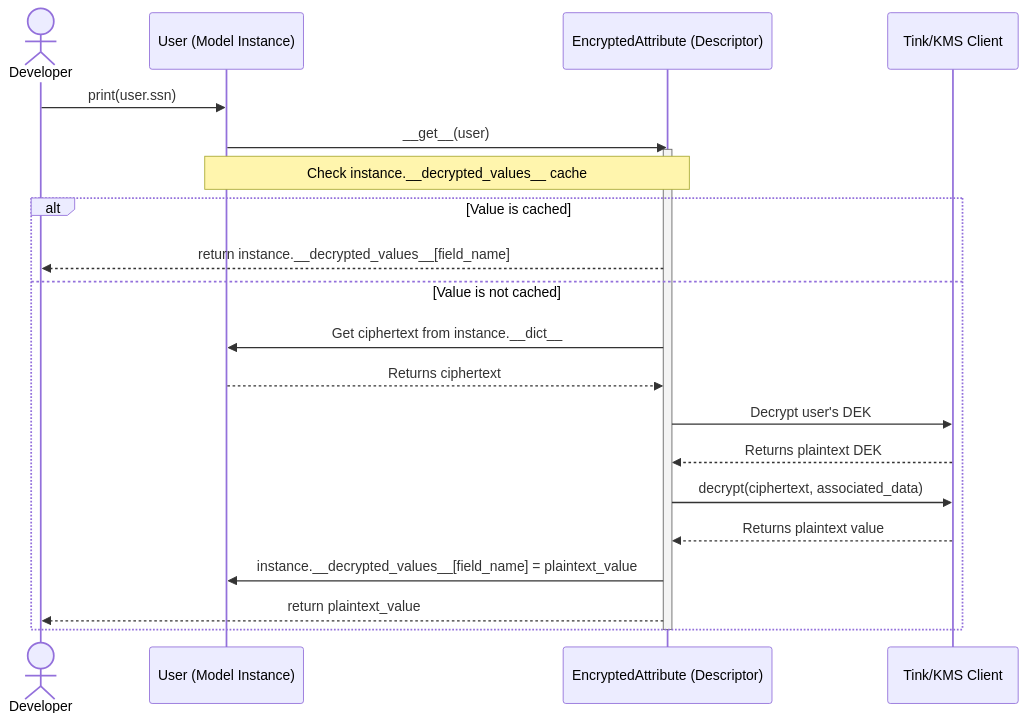
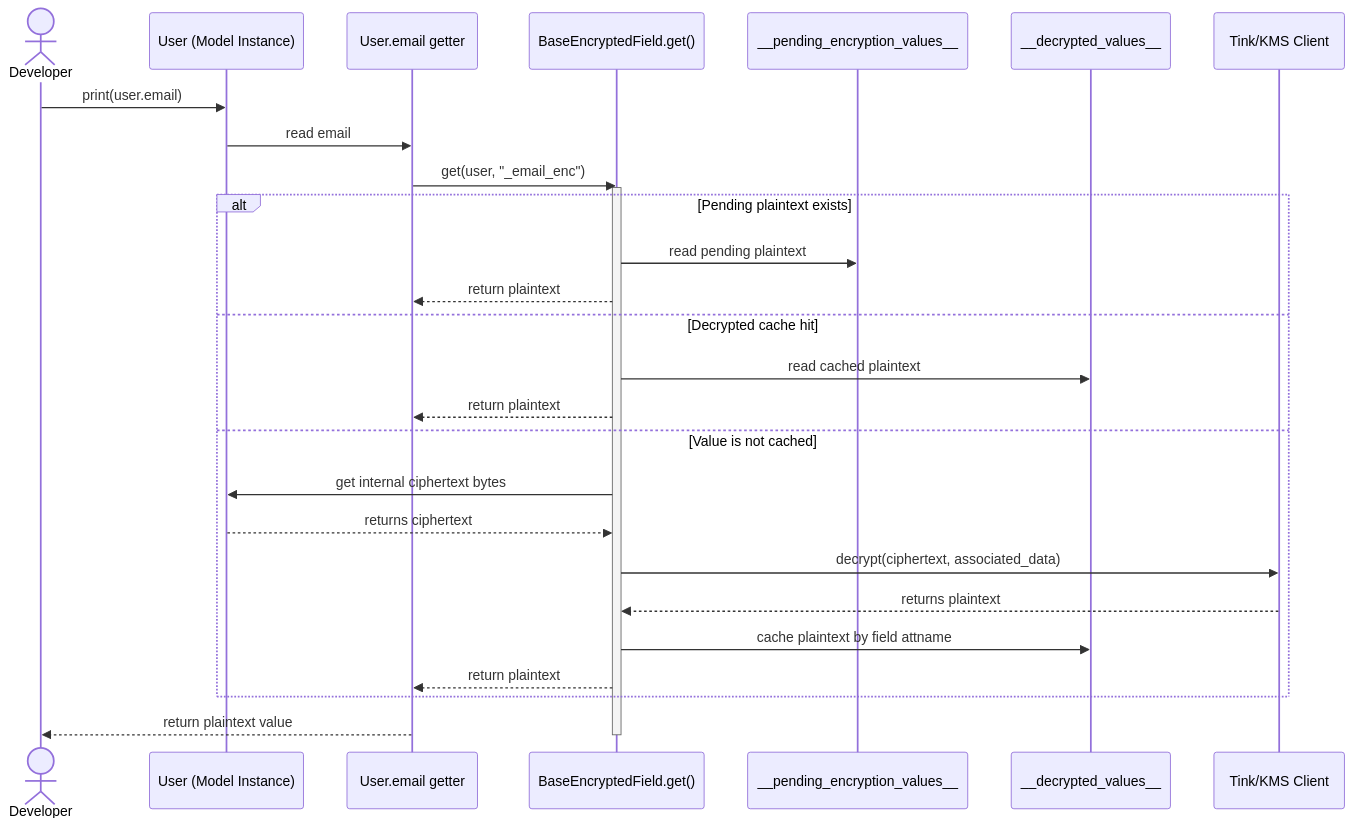
The third of 8 diagrams in docs/client-side-encryption.md (ocadotechnology/codeforlife-package-python), drawn with Mermaid before and after one commit. The commit also changed other lines of this file and 3 other files, not shown here.

````diff
--- a/docs/client-side-encryption.md
+++ b/docs/client-side-encryption.md
@@ -235,26 +289,32 @@
 ```mermaid
 sequenceDiagram
     actor Developer
     participant User as User (Model Instance)
-    participant EncryptedAttribute as EncryptedAttribute (Descriptor)
+    participant Property as User.email getter
+    participant BaseEncryptedField as BaseEncryptedField.get()
+    participant Pending as __pending_encryption_values__
+    participant Cache as __decrypted_values__
     participant GcpKmsClient as Tink/KMS Client
 
-    Developer->>User: print(user.ssn)
-    User->>EncryptedAttribute: __get__(user)
-    activate EncryptedAttribute
+    Developer->>User: print(user.email)
+    User->>Property: read email
+    Property->>BaseEncryptedField: get(user, "_email_enc")
+    activate BaseEncryptedField
 
-    Note over User, EncryptedAttribute: Check instance.__decrypted_values__ cache
-    alt Value is cached
-        EncryptedAttribute-->>Developer: return instance.__decrypted_values__[field_name]
+    alt Pending plaintext exists
+        BaseEncryptedField->>Pending: read pending plaintext
+        BaseEncryptedField-->>Property: return plaintext
+    else Decrypted cache hit
+        BaseEncryptedField->>Cache: read cached plaintext
+        BaseEncryptedField-->>Property: return plaintext
     else Value is not cached
-        EncryptedAttribute->>User: Get ciphertext from instance.__dict__
-        User-->>EncryptedAttribute: Returns ciphertext
-        EncryptedAttribute->>GcpKmsClient: Decrypt user's DEK
-        GcpKmsClient-->>EncryptedAttribute: Returns plaintext DEK
-        EncryptedAttribute->>GcpKmsClient: decrypt(ciphertext, associated_data)
-        GcpKmsClient-->>EncryptedAttribute: Returns plaintext value
-        EncryptedAttribute->>User: instance.__decrypted_values__[field_name] = plaintext_value
-        EncryptedAttribute-->>Developer: return plaintext_value
+        BaseEncryptedField->>User: get internal ciphertext bytes
+        User-->>BaseEncryptedField: returns ciphertext
+        BaseEncryptedField->>GcpKmsClient: decrypt(ciphertext, associated_data)
+        GcpKmsClient-->>BaseEncryptedField: returns plaintext
+        BaseEncryptedField->>Cache: cache plaintext by field attname
+        BaseEncryptedField-->>Property: return plaintext
     end
-    deactivate EncryptedAttribute
+    Property-->>Developer: return plaintext value
+    deactivate BaseEncryptedField
 ```
````
